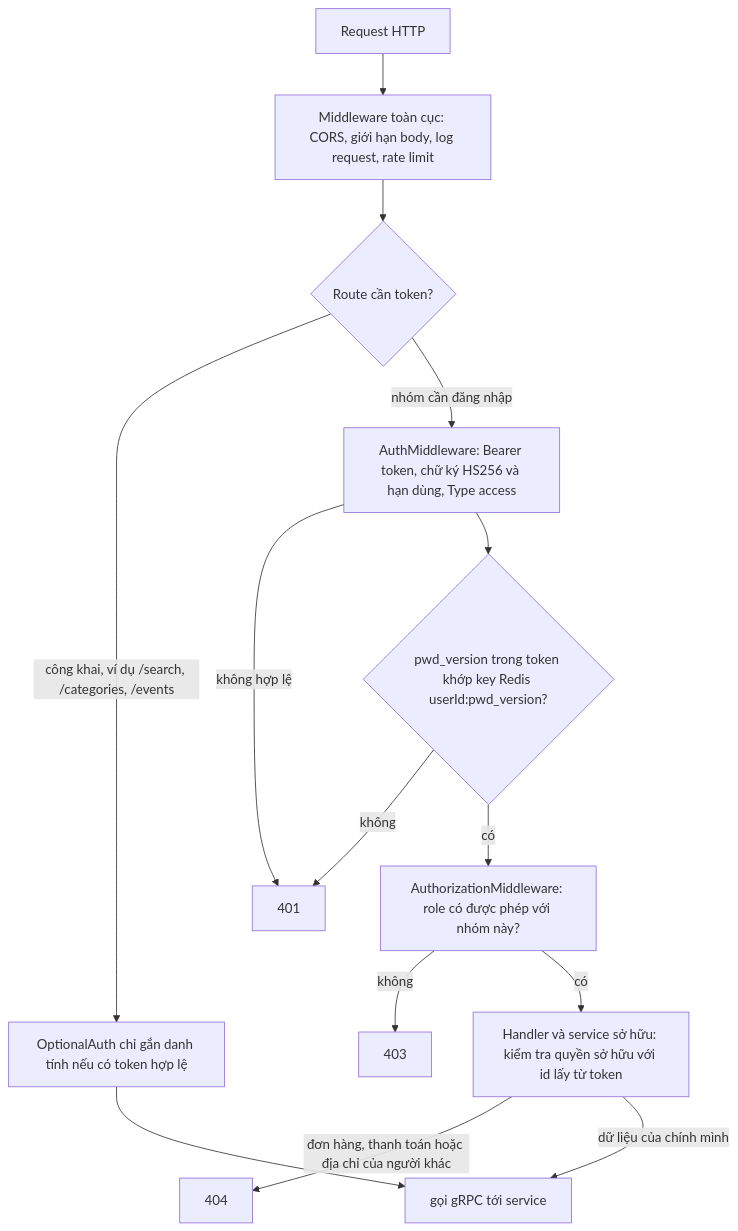
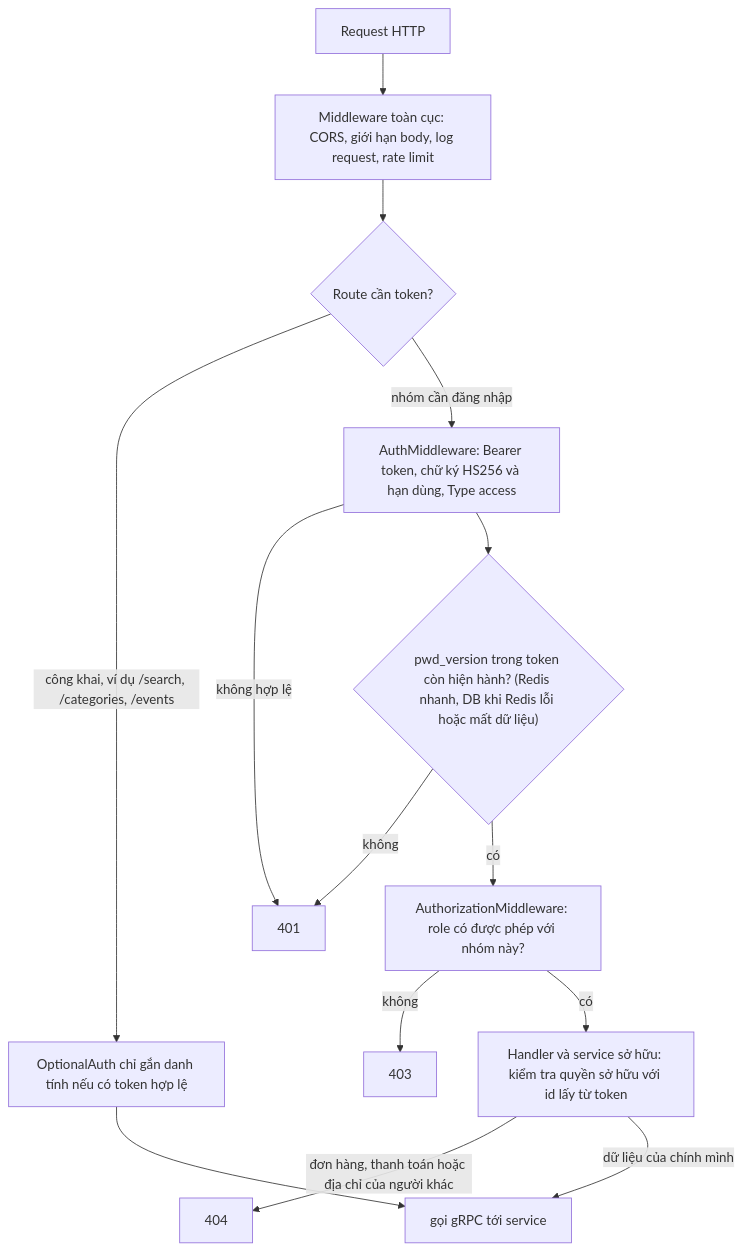
The first of 3 diagrams in docs/design/05_SECURITY.md (khoatran18/mini-marketplace), drawn with Mermaid before and after one commit. The commit also changed other lines of this file and 11 other files, not shown here.

````diff
--- a/docs/design/05_SECURITY.md
+++ b/docs/design/05_SECURITY.md
@@ -11,16 +11,16 @@
 ```mermaid
 flowchart TD
   REQ["Request HTTP"] --> GL["Middleware toàn cục: CORS, giới hạn body, log request, rate limit"]
   GL --> RT{"Route cần token?"}
   RT -->|"công khai, ví dụ /search, /categories, /events"| OPT["OptionalAuth chỉ gắn danh tính nếu có token hợp lệ"]
   RT -->|"nhóm cần đăng nhập"| AM["AuthMiddleware: Bearer token, chữ ký HS256 và hạn dùng, Type access"]
   AM -->|"không hợp lệ"| E401["401"]
-  AM --> PV{"pwd_version trong token khớp key Redis userId:pwd_version?"}
+  AM --> PV{"pwd_version trong token còn hiện hành? (Redis nhanh, DB khi Redis lỗi hoặc mất dữ liệu)"}
   PV -->|"không"| E401
   PV -->|"có"| RO["AuthorizationMiddleware: role có được phép với nhóm này?"]
   RO -->|"không"| E403["403"]
   RO -->|"có"| OWN["Handler và service sở hữu: kiểm tra quyền sở hữu với id lấy từ token"]
   OWN -->|"đơn hàng, thanh toán hoặc địa chỉ của người khác"| E404["404"]
   OWN -->|"dữ liệu của chính mình"| OK["gọi gRPC tới service"]
   OPT --> OK
 ```
````
